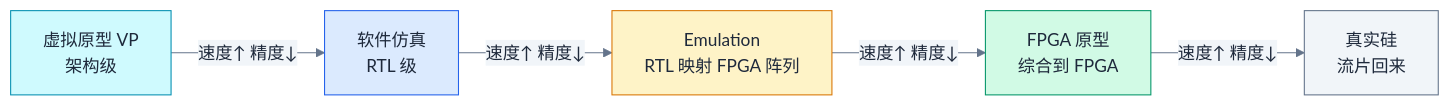
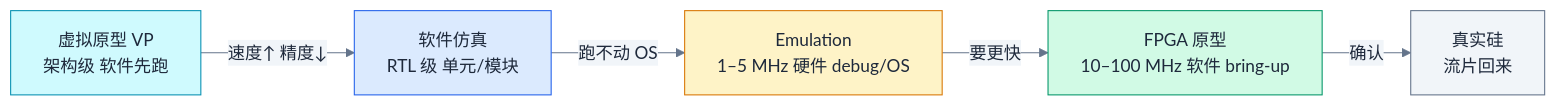
The third of 4 diagrams in chip/03-前端设计RTL与验证.md (swjtuer326/cs-learning-notes), drawn with Mermaid before and after one commit. The commit also changed other lines of this file and 5 other files, not shown here.

````diff
--- a/chip/03-前端设计RTL与验证.md
+++ b/chip/03-前端设计RTL与验证.md
@@ -245,13 +358,13 @@
 ```mermaid
 %%{init: {"theme": "base", "themeVariables": {"primaryColor": "#f8fafc", "primaryTextColor": "#1e293b", "primaryBorderColor": "#475569", "lineColor": "#64748b", "secondaryColor": "#f1f5f9", "secondaryBorderColor": "#94a3b8", "tertiaryColor": "#f8fafc", "fontFamily": "\"trebuchet ms\", verdana, arial, sans-serif"}}}%%
 flowchart LR
-    VP["虚拟原型 VP<br/>架构级"] -->|"速度↑ 精度↓"| Sim["软件仿真<br/>RTL 级"]
-    Sim -->|"速度↑ 精度↓"| Emu["Emulation<br/>RTL 映射 FPGA 阵列"]
-    Emu -->|"速度↑ 精度↓"| FPGA["FPGA 原型<br/>综合到 FPGA"]
-    FPGA -->|"速度↑ 精度↓"| Silicon["真实硅<br/>流片回来"]
+    VP["虚拟原型 VP<br/>架构级 软件先跑"] -->|"速度↑ 精度↓"| Sim["软件仿真<br/>RTL 级 单元/模块"]
+    Sim -->|"跑不动 OS"| Emu["Emulation<br/>1–5 MHz 硬件 debug/OS"]
+    Emu -->|"要更快"| FPGA["FPGA 原型<br/>10–100 MHz 软件 bring-up"]
+    FPGA -->|"确认"| Silicon["真实硅<br/>流片回来"]
     style VP fill:#cffafe,stroke:#0891b2
     style Sim fill:#dbeafe,stroke:#2563eb
     style Emu fill:#fef3c7,stroke:#d97706
     style FPGA fill:#d1fae5,stroke:#059669
     style Silicon fill:#f1f5f9,stroke:#64748b
 ```
````
